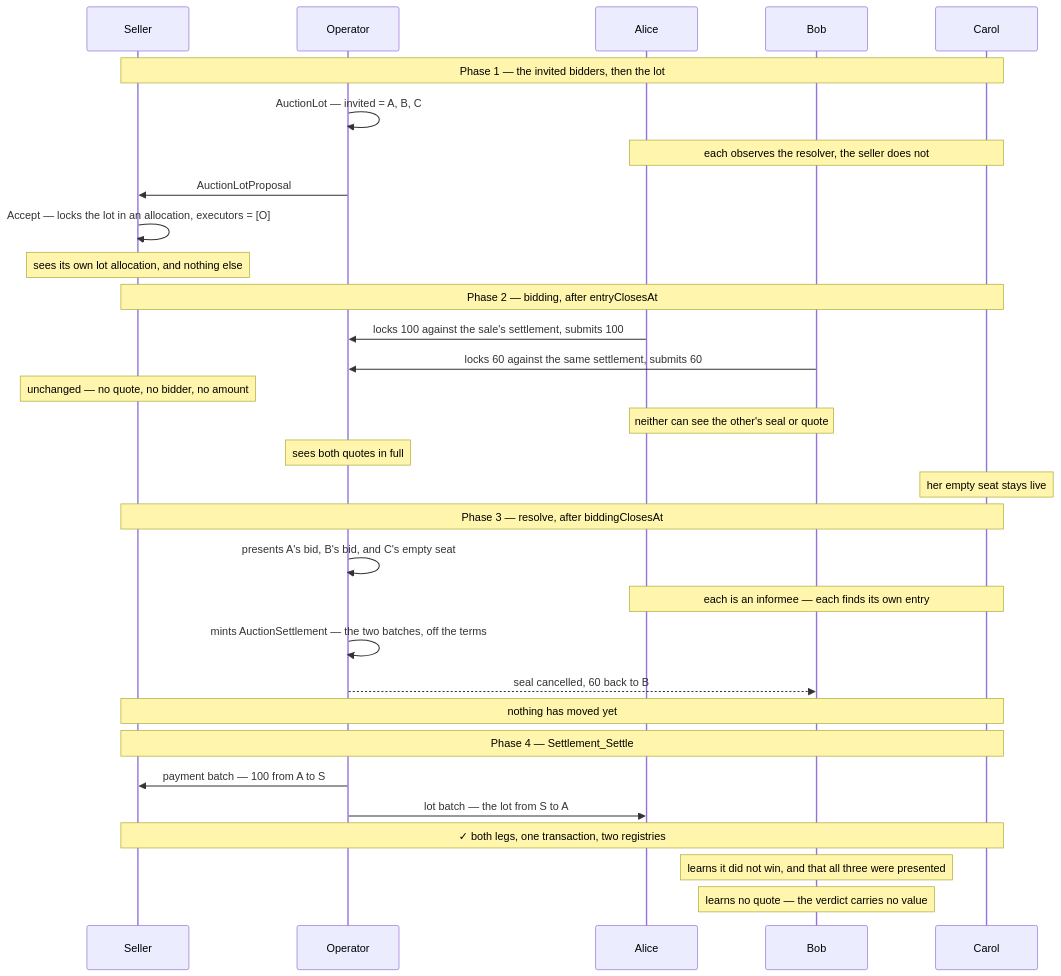
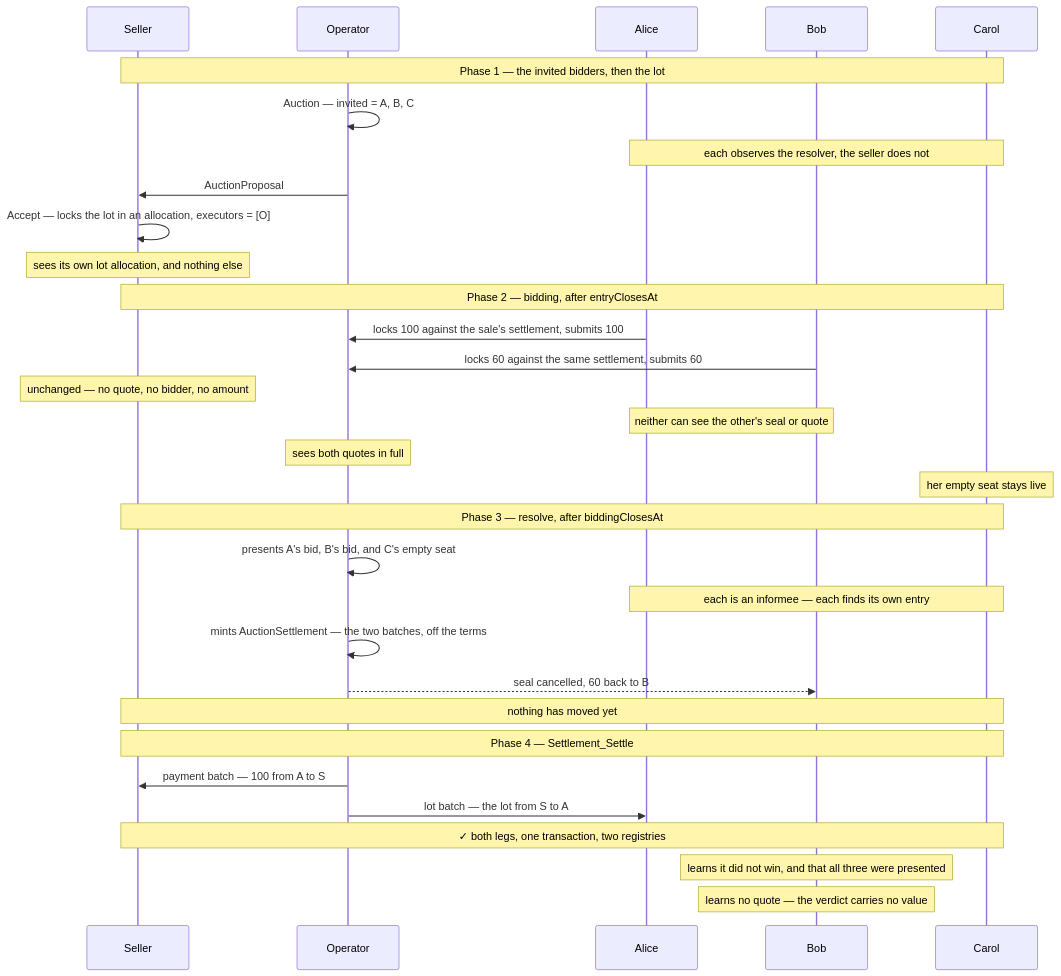
The first of 4 diagrams in examples/auctions/sealed-bid-first-price/DEMOS.md (unlockitio/concordia), drawn with Mermaid before and after one commit. The commit also changed other lines of this file and 21 other files, not shown here.

````diff
--- a/examples/auctions/sealed-bid-first-price/DEMOS.md
+++ b/examples/auctions/sealed-bid-first-price/DEMOS.md
@@ -81,37 +81,37 @@
 ```mermaid
 sequenceDiagram
     participant S as Seller
     participant O as Operator
     participant A as Alice
     participant B as Bob
     participant C as Carol
 
     Note over S,C: Phase 1 — the invited bidders, then the lot
-    O->>O: AuctionLot — invited = A, B, C
+    O->>O: Auction — invited = A, B, C
     Note over A,C: each observes the resolver, the seller does not
-    O->>S: AuctionLotProposal
+    O->>S: AuctionProposal
     S->>S: Accept — locks the lot in an allocation, executors = [O]
     Note over S: sees its own lot allocation, and nothing else
 
     Note over S,C: Phase 2 — bidding, after entryClosesAt
     A->>O: locks 100 against the sale's settlement, submits 100
     B->>O: locks 60 against the same settlement, submits 60
     Note over S: unchanged — no quote, no bidder, no amount
     Note over A,B: neither can see the other's seal or quote
     Note over O: sees both quotes in full 
     Note over C: her empty seat stays live
 
     Note over S,C: Phase 3 — resolve, after biddingClosesAt
     O->>O: presents A's bid, B's bid, and C's empty seat
     Note over A,C: each is an informee — each finds its own entry
     O->>O: mints AuctionSettlement — the two batches, off the terms
     O-->>B: seal cancelled, 60 back to B
     Note over S,C: nothing has moved yet
 
     Note over S,C: Phase 4 — Settlement_Settle
     O->>S: payment batch — 100 from A to S
     O->>A: lot batch — the lot from S to A
     Note over S,C: ✓ both legs, one transaction, two registries
     Note over B: learns it did not win, and that all three were presented
     Note over B: learns no quote — the verdict carries no value
 ```
````
